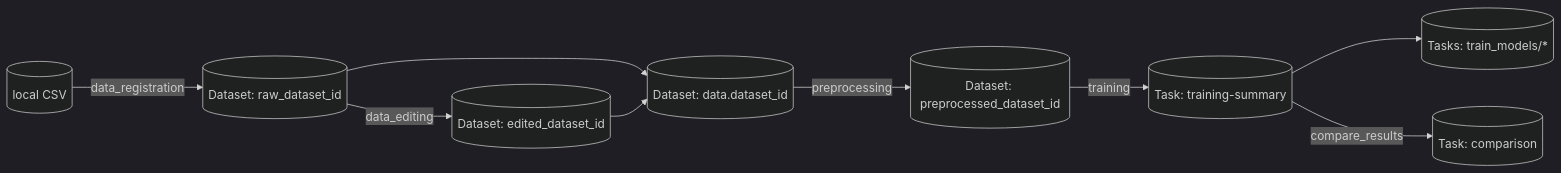
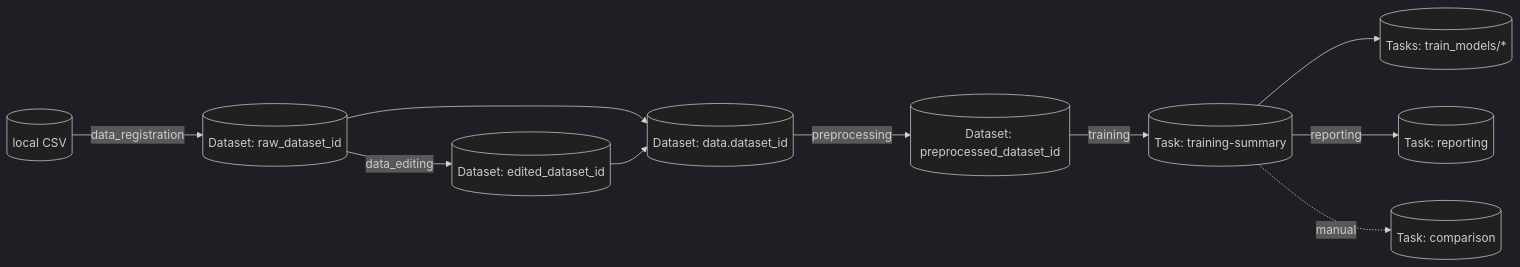
Before and after one commit to dkawa2523/automllibclearML2: the seventh of 7 diagrams in README_dev.md, drawn with Mermaid (dark theme). The commit also changed other lines of this file and 35 other files, not shown here.

````diff
--- a/README_dev.md
+++ b/README_dev.md
@@ -463,11 +469,12 @@
 ```mermaid
 flowchart LR
   csv[(local CSV)] -->|data_registration| ds_raw[(Dataset: raw_dataset_id)]
   ds_raw -->|data_editing| ds_edit[(Dataset: edited_dataset_id)]
   ds_raw --> ds_in[(Dataset: data.dataset_id)]
   ds_edit --> ds_in
   ds_in -->|preprocessing| ds_pre[(Dataset: preprocessed_dataset_id)]
   ds_pre -->|training| task_train[(Task: training-summary)]
   task_train --> task_children[(Tasks: train_models/*)]
-  task_train -->|compare_results| task_cmp[(Task: comparison)]
+  task_train -->|reporting| task_rpt[(Task: reporting)]
+  task_train -. manual .-> task_cmp[(Task: comparison)]
 ```
````
